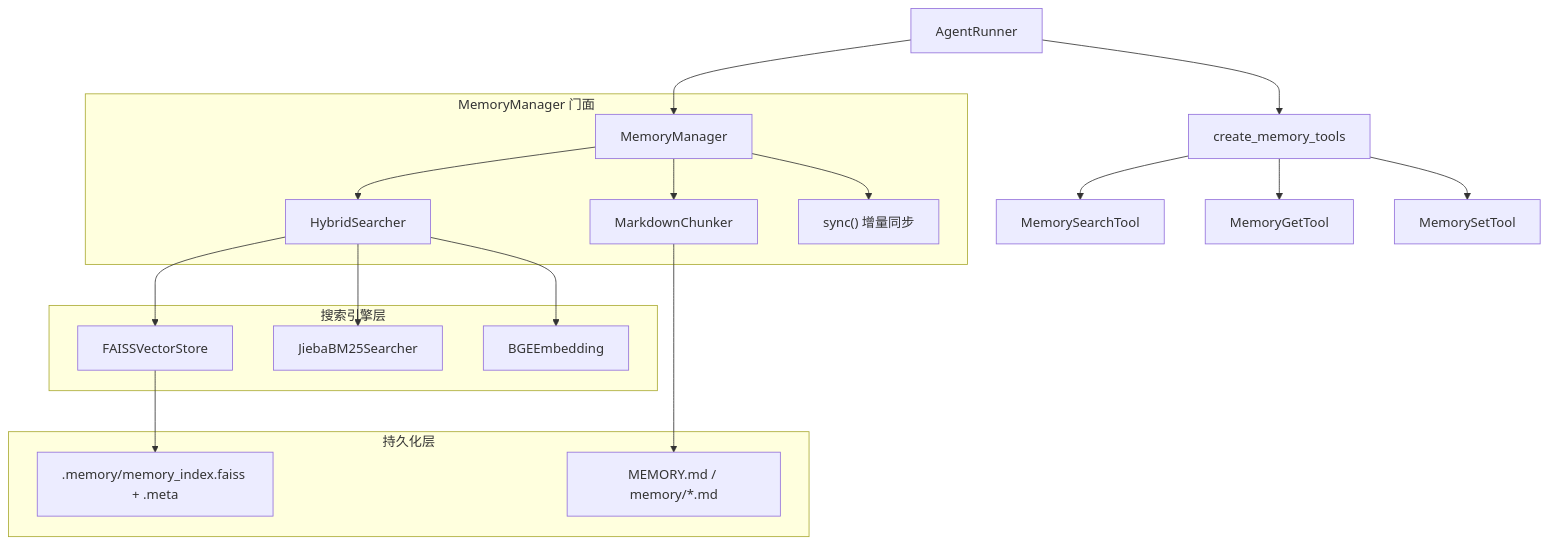
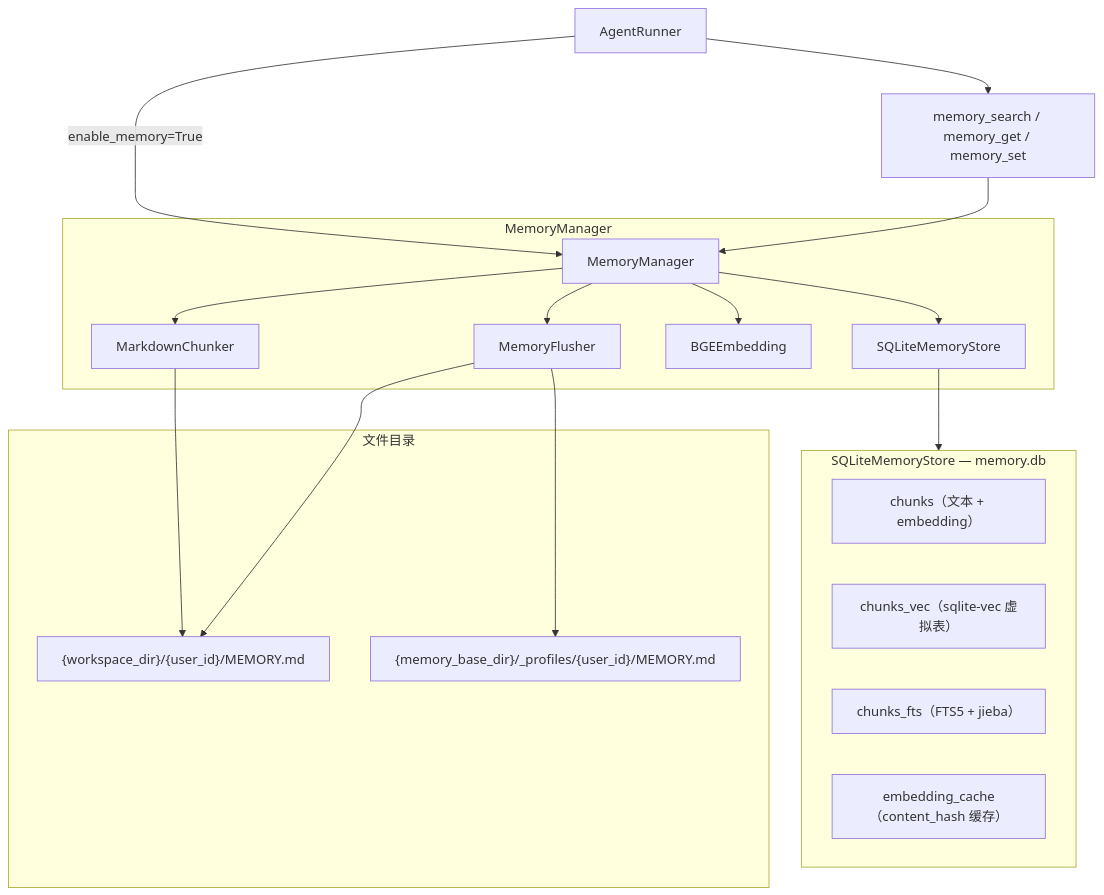
Before and after one commit to YU-JI-KUI/ark-agentic: the diagram in docs/core/memory.md, drawn with Mermaid. The commit also changed other lines of this file and 3 other files, not shown here.

````diff
--- a/docs/core/memory.md
+++ b/docs/core/memory.md
@@ -21,25 +19,31 @@
 ```mermaid
 flowchart TD
-    AgentRunner --> MemoryManager
-    AgentRunner --> create_memory_tools
-    create_memory_tools --> MemorySearchTool
-    create_memory_tools --> MemoryGetTool
-    create_memory_tools --> MemorySetTool
+    AgentRunner -->|"enable_memory=True"| MemoryManager
+    AgentRunner --> MemoryTools["memory_search / memory_get / memory_set"]
+    MemoryTools --> MemoryManager
 
-    subgraph MemoryManager_core [MemoryManager 门面]
-        MemoryManager --> HybridSearcher
+    subgraph MemoryManager_core [MemoryManager]
+        MemoryManager --> SQLiteMemoryStore
         MemoryManager --> MarkdownChunker
-        MemoryManager --> syncOp["sync() 增量同步"]
+        MemoryManager --> BGEEmbedding
+        MemoryManager --> MemoryFlusher
     end
 
-    subgraph search_engines [搜索引擎层]
-        HybridSearcher --> FAISSVectorStore
-        HybridSearcher --> JiebaBM25Searcher
-        HybridSearcher --> BGEEmbedding
+    subgraph SQLiteMemoryStore_tables [SQLiteMemoryStore — memory.db]
+        chunks["chunks（文本 + embedding）"]
+        chunks_vec["chunks_vec（sqlite-vec 虚拟表）"]
+        chunks_fts["chunks_fts（FTS5 + jieba）"]
+        embedding_cache["embedding_cache（content_hash 缓存）"]
     end
 
-    subgraph storage [持久化层]
-        FAISSVectorStore --> IndexFile[".memory/memory_index.faiss + .meta"]
-        MarkdownChunker --> MemFiles["MEMORY.md / memory/*.md"]
+    SQLiteMemoryStore --> SQLiteMemoryStore_tables
+
+    subgraph storage [文件目录]
+        workspace["{workspace_dir}/{user_id}/MEMORY.md"]
+        profile["{memory_base_dir}/_profiles/{user_id}/MEMORY.md"]
     end
+
+    MarkdownChunker --> workspace
+    MemoryFlusher --> profile
+    MemoryFlusher --> workspace
 ```
````
